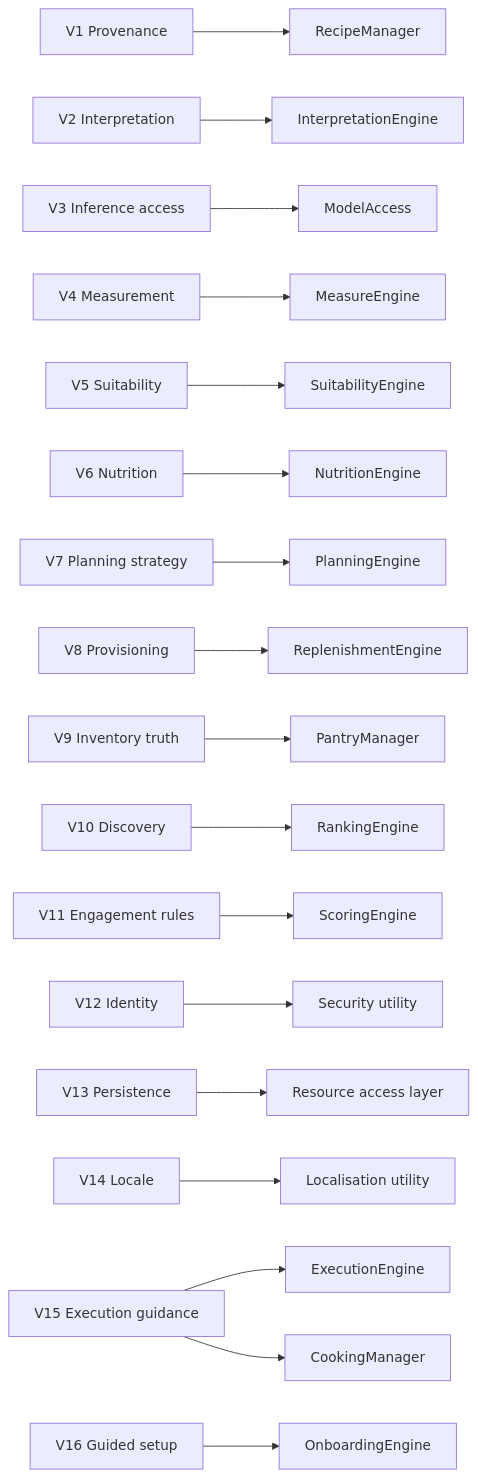
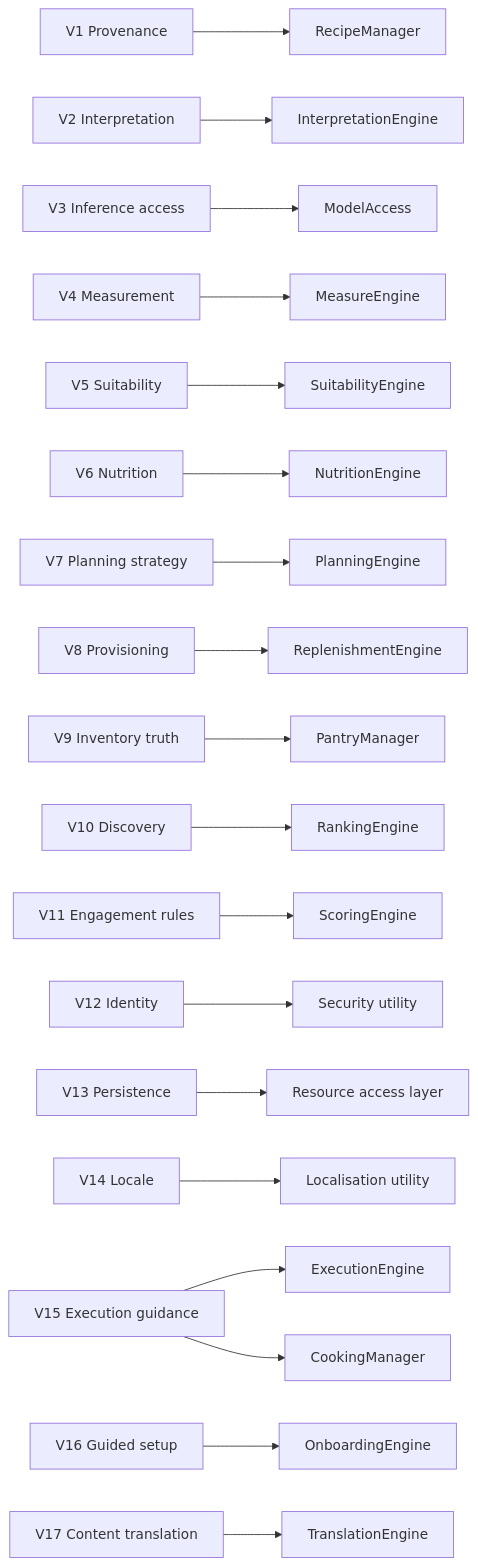
One commit to h3ll5ur7er/quookly changed the diagram in doc/03-volatility-analysis.md. Above: the diagram before and after it, drawn with Mermaid. The commit also changed other lines of this file and 2 other files, not shown here.

First line of the commit message:
Record content translation as V17, proposed

````diff
--- a/doc/03-volatility-analysis.md
+++ b/doc/03-volatility-analysis.md
@@ -274,20 +295,21 @@
 ```mermaid
 flowchart LR
   V1["V1 Provenance"] --> RM["RecipeManager"]
   V2["V2 Interpretation"] --> IE["InterpretationEngine"]
   V3["V3 Inference access"] --> MA["ModelAccess"]
   V4["V4 Measurement"] --> ME["MeasureEngine"]
   V5["V5 Suitability"] --> SE["SuitabilityEngine"]
   V6["V6 Nutrition"] --> NE["NutritionEngine"]
   V7["V7 Planning strategy"] --> PE["PlanningEngine"]
   V8["V8 Provisioning"] --> RE["ReplenishmentEngine"]
   V9["V9 Inventory truth"] --> PM["PantryManager"]
   V10["V10 Discovery"] --> RKE["RankingEngine"]
   V11["V11 Engagement rules"] --> SCE["ScoringEngine"]
   V12["V12 Identity"] --> SEC["Security utility"]
   V13["V13 Persistence"] --> RA["Resource access layer"]
   V14["V14 Locale"] --> LOC["Localisation utility"]
   V15["V15 Execution guidance"] --> EE["ExecutionEngine"]
   V15 --> CM["CookingManager"]
   V16["V16 Guided setup"] --> OE["OnboardingEngine"]
+  V17["V17 Content translation"] --> TE["TranslationEngine"]
 ```
````
